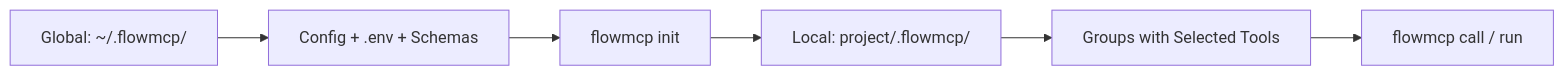
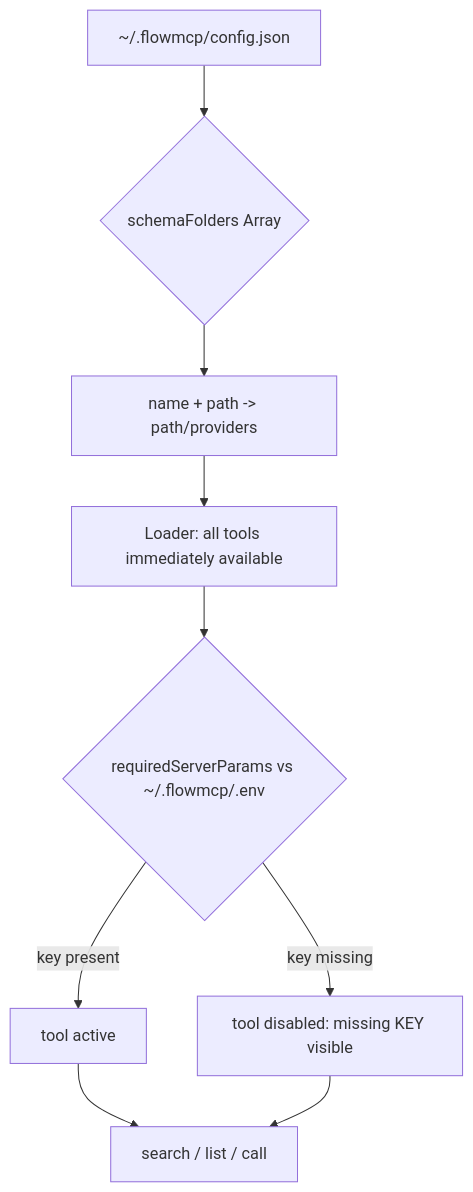
The diagram in README.md (FlowMCP/flowmcp-cli), drawn with Mermaid before and after one commit. The commit also changed other lines of this file, not shown here.

First line of the commit message:
Rewrite README to schemaFolders model #75

````diff
--- a/README.md
+++ b/README.md
@@ -13,8 +13,11 @@
 ```mermaid
-flowchart LR
-    A[Global: ~/.flowmcp/] --> B[Config + .env + Schemas]
-    B --> C[flowmcp init]
-    C --> D[Local: project/.flowmcp/]
-    D --> E[Groups with Selected Tools]
-    E --> F[flowmcp call / run]
+flowchart TD
+    A[~/.flowmcp/config.json] --> B{schemaFolders Array}
+    B --> C[name + path -> path/providers]
+    C --> D[Loader: all tools immediately available]
+    D --> E{requiredServerParams vs ~/.flowmcp/.env}
+    E -->|key present| F[tool active]
+    E -->|key missing| G[tool disabled: missing KEY visible]
+    F --> H[search / list / call]
+    G --> H
 ```
````
